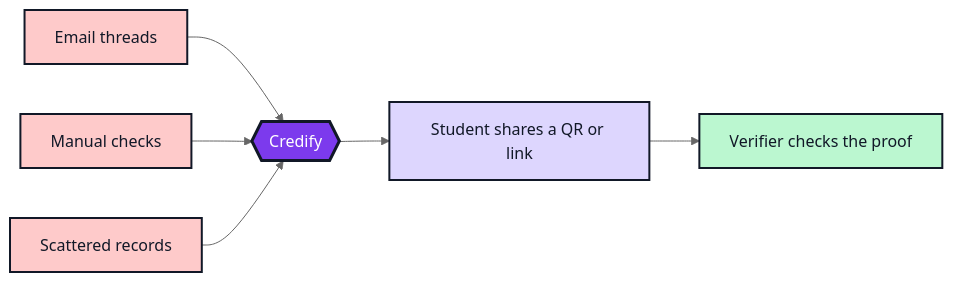
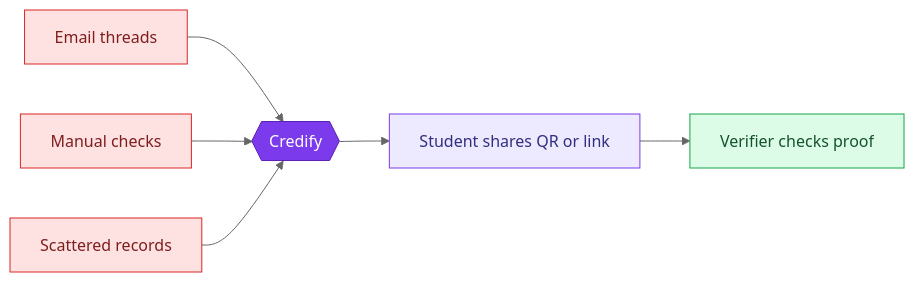
The first of 3 diagrams in README.md (udaycodespace/credify), drawn with Mermaid (neutral theme) before and after one commit. The commit also changed other lines of this file, not shown here.

````diff
--- a/README.md
+++ b/README.md
@@ -37,12 +49,19 @@
 ```mermaid
 flowchart LR
-    A[Email threads]:::bad --> X
-    B[Manual checks]:::bad --> X
-    C[Scattered records]:::bad --> X
-    X{{Credify}}:::hub --> Y[Student shares a QR or link]:::good --> Z[Verifier checks the proof]:::done
+    A["Email threads"] --> X
+    B["Manual checks"] --> X
+    C["Scattered records"] --> X
 
-    classDef bad fill:#fecaca,stroke:#111827,color:#111827,stroke-width:2px
-    classDef hub fill:#7c3aed,stroke:#111827,color:#ffffff,stroke-width:3px
-    classDef good fill:#ddd6fe,stroke:#111827,color:#111827,stroke-width:2px
-    classDef done fill:#bbf7d0,stroke:#111827,color:#111827,stroke-width:2px
+    X{{"Credify"}} --> Y["Student shares QR or link"]
+    Y --> Z["Verifier checks proof"]
+
+    classDef problem fill:#fee2e2,stroke:#dc2626,color:#7f1d1d
+    classDef hub fill:#7c3aed,stroke:#5b21b6,color:#ffffff
+    classDef share fill:#ede9fe,stroke:#7c3aed,color:#312e81
+    classDef verify fill:#dcfce7,stroke:#16a34a,color:#14532d
+
+    class A,B,C problem
+    class X hub
+    class Y share
+    class Z verify
 ```
````
